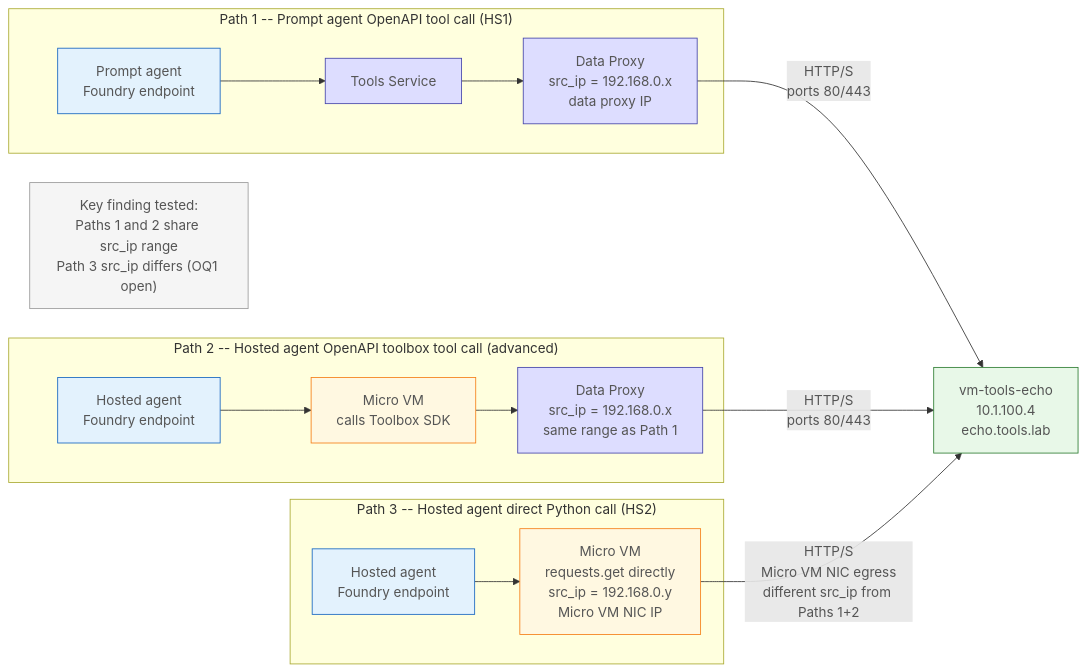
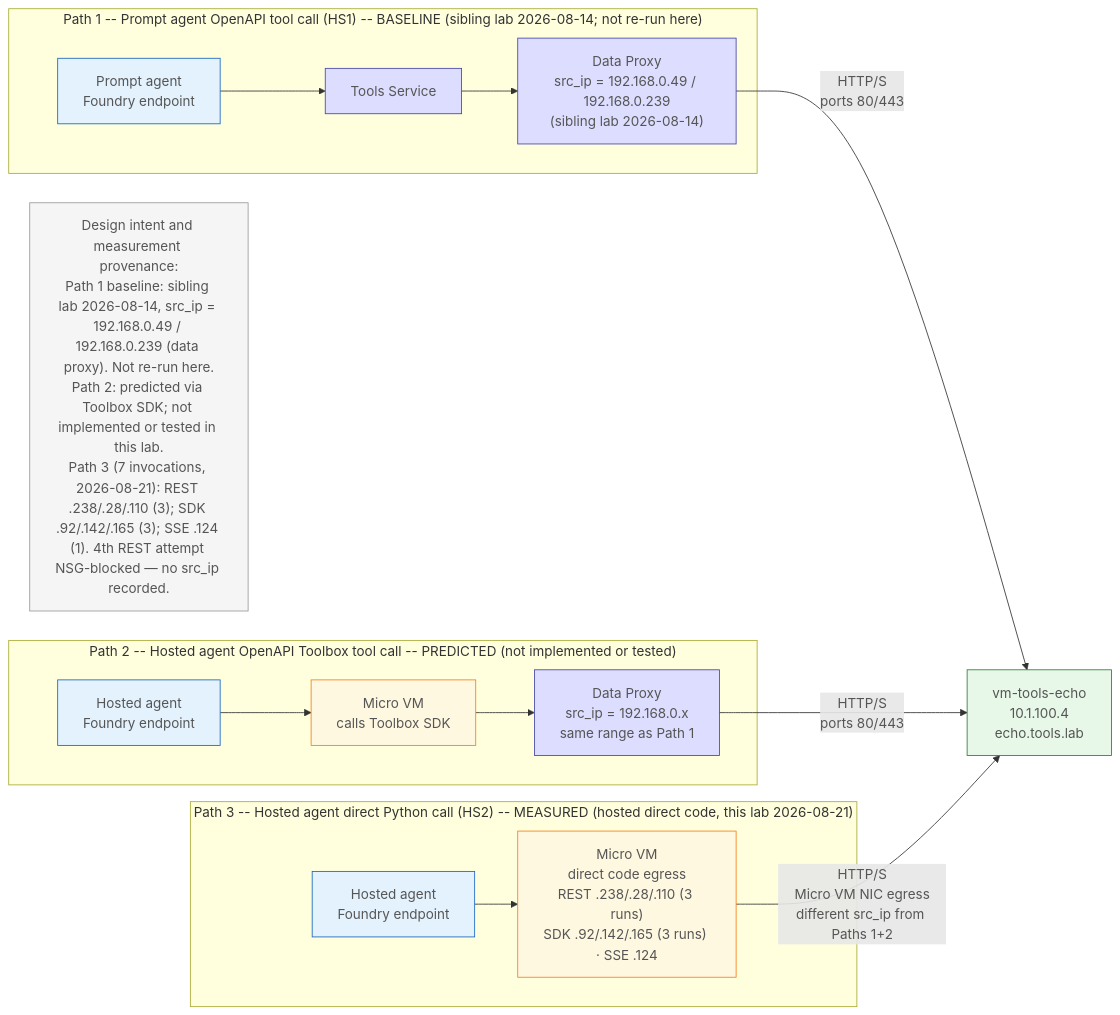
Before and after one commit to erjosito/azure-networking-blog: the diagram in 2026-08-foundry-prompt-vs-hosted-networking/assets/03-agent-egress-paths.mmd, drawn with Mermaid. The commit also changed 9 other files, not shown here.

First line of the commit message:
fix(foundry-prompt-vs-hosted): replace rejected diagrams with Morpheus's approved final assets

```diff
--- a/2026-08-foundry-prompt-vs-hosted-networking/assets/03-agent-egress-paths.mmd
+++ b/2026-08-foundry-prompt-vs-hosted-networking/assets/03-agent-egress-paths.mmd
@@ -1,29 +1,29 @@
 %% diagram-id: 03-agent-egress-paths
 %% lab: foundry-agent-prompt-vs-hosted-networking
 %% topology: T1 -- three egress paths compared
 %% scenarios: HS1 (prompt tool call) HS2 (hosted code call) advanced-HS1 (hosted toolbox tool call)
 %% authored: 2026-08-20
 flowchart LR
     classDef client fill:#e3f2fd,stroke:#1565c0
     classDef proxy fill:#ddf,stroke:#44a
     classDef microvm fill:#fff8e1,stroke:#f57f17
     classDef target fill:#e8f8e8,stroke:#2e7d32
     classDef label fill:#f5f5f5,stroke:#999,color:#555
 
-    subgraph PATH1["Path 1 -- Prompt agent OpenAPI tool call (HS1)"]
-        PA["Prompt agent<br/>Foundry endpoint"]:::client --> TS1["Tools Service"]:::proxy --> DP1["Data Proxy<br/>src_ip = 192.168.0.x<br/>data proxy IP"]:::proxy
+    subgraph PATH1["Path 1 -- Prompt agent OpenAPI tool call (HS1) -- BASELINE (sibling lab 2026-08-14; not re-run here)"]
+        PA["Prompt agent<br/>Foundry endpoint"]:::client --> TS1["Tools Service"]:::proxy --> DP1["Data Proxy<br/>src_ip = 192.168.0.49 / 192.168.0.239<br/>(sibling lab 2026-08-14)"]:::proxy
     end
 
-    subgraph PATH2["Path 2 -- Hosted agent OpenAPI toolbox tool call (advanced)"]
+    subgraph PATH2["Path 2 -- Hosted agent OpenAPI Toolbox tool call -- PREDICTED (not implemented or tested)"]
         HA_TB["Hosted agent<br/>Foundry endpoint"]:::client --> MV_TB["Micro VM<br/>calls Toolbox SDK"]:::microvm --> DP2["Data Proxy<br/>src_ip = 192.168.0.x<br/>same range as Path 1"]:::proxy
     end
 
-    subgraph PATH3["Path 3 -- Hosted agent direct Python call (HS2)"]
-        HA_DC["Hosted agent<br/>Foundry endpoint"]:::client --> MV_DC["Micro VM<br/>requests.get directly<br/>src_ip = 192.168.0.y<br/>Micro VM NIC IP"]:::microvm
+    subgraph PATH3["Path 3 -- Hosted agent direct Python call (HS2) -- MEASURED (hosted direct code, this lab 2026-08-21)"]
+        HA_DC["Hosted agent<br/>Foundry endpoint"]:::client --> MV_DC["Micro VM<br/>direct code egress<br/>REST .238/.28/.110 (3 runs)<br/>SDK .92/.142/.165 (3 runs) · SSE .124"]:::microvm
     end
 
     DP1 -->|"HTTP/S<br/>ports 80/443"| ECHO["vm-tools-echo<br/>10.1.100.4<br/>echo.tools.lab"]:::target
     DP2 -->|"HTTP/S<br/>ports 80/443"| ECHO
     MV_DC -->|"HTTP/S<br/>Micro VM NIC egress<br/>different src_ip from Paths 1+2"| ECHO
 
-    NOTE["Key finding tested:<br/>Paths 1 and 2 share src_ip range<br/>Path 3 src_ip differs (OQ1 open)"]:::label
+    NOTE["Design intent and measurement provenance:<br/>Path 1 baseline: sibling lab 2026-08-14, src_ip = 192.168.0.49 / 192.168.0.239 (data proxy). Not re-run here.<br/>Path 2: predicted via Toolbox SDK; not implemented or tested in this lab.<br/>Path 3 (7 invocations, 2026-08-21): REST .238/.28/.110 (3); SDK .92/.142/.165 (3); SSE .124 (1). 4th REST attempt NSG-blocked — no src_ip recorded."]:::label
```
